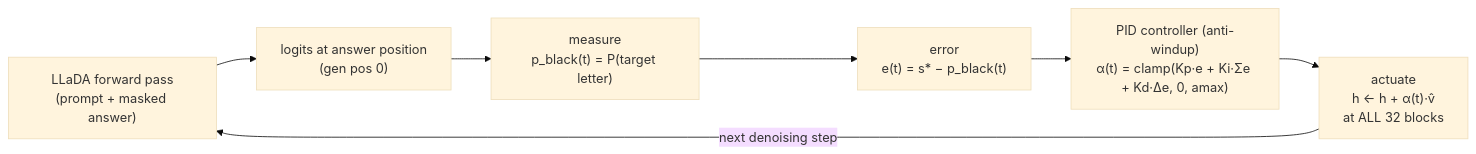
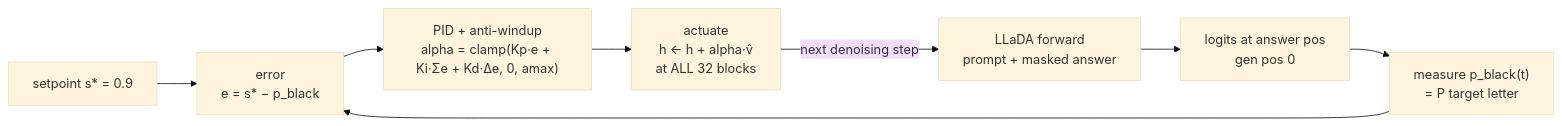
One commit to Sarim-MBZUAI/dlm_bias changed the second of 2 diagrams in pid_steering/DENOISING_PID.md. Above: the diagram before and after it, drawn with Mermaid (base theme). The commit also changed other lines of this file and 13 other files, not shown here.

First line of the commit message:
unqover: add open-loop + layer-space methods (pid_steer_unqover.py) -> full cross-method table; polish all .md (prose/tables/diagrams)

````diff
--- a/pid_steering/DENOISING_PID.md
+++ b/pid_steering/DENOISING_PID.md
@@ -33,9 +38,10 @@
 ```mermaid
 flowchart LR
-    M["LLaDA forward pass<br/>(prompt + masked answer)"] --> LG["logits at answer position<br/>(gen pos 0)"]
-    LG --> PB["measure<br/>p_black(t) = P(target letter)"]
-    PB --> ER["error<br/>e(t) = s* − p_black(t)"]
-    ER --> CT["PID controller (anti-windup)<br/>α(t) = clamp(Kp·e + Ki·Σe + Kd·Δe, 0, amax)"]
-    CT --> AC["actuate<br/>h ← h + α(t)·v̂<br/>at ALL 32 blocks"]
-    AC -->|next denoising step| M
+    SP["setpoint s* = 0.9"] --> ER
+    M["LLaDA forward<br/>prompt + masked answer"] --> LG["logits at answer pos<br/>gen pos 0"]
+    LG --> PB["measure p_black(t)<br/>= P target letter"]
+    PB --> ER["error<br/>e = s* − p_black"]
+    ER --> CT["PID + anti-windup<br/>alpha = clamp(Kp·e + Ki·Σe + Kd·Δe, 0, amax)"]
+    CT --> AC["actuate<br/>h ← h + alpha·v̂<br/>at ALL 32 blocks"]
+    AC -->|"next denoising step"| M
 ```
````
